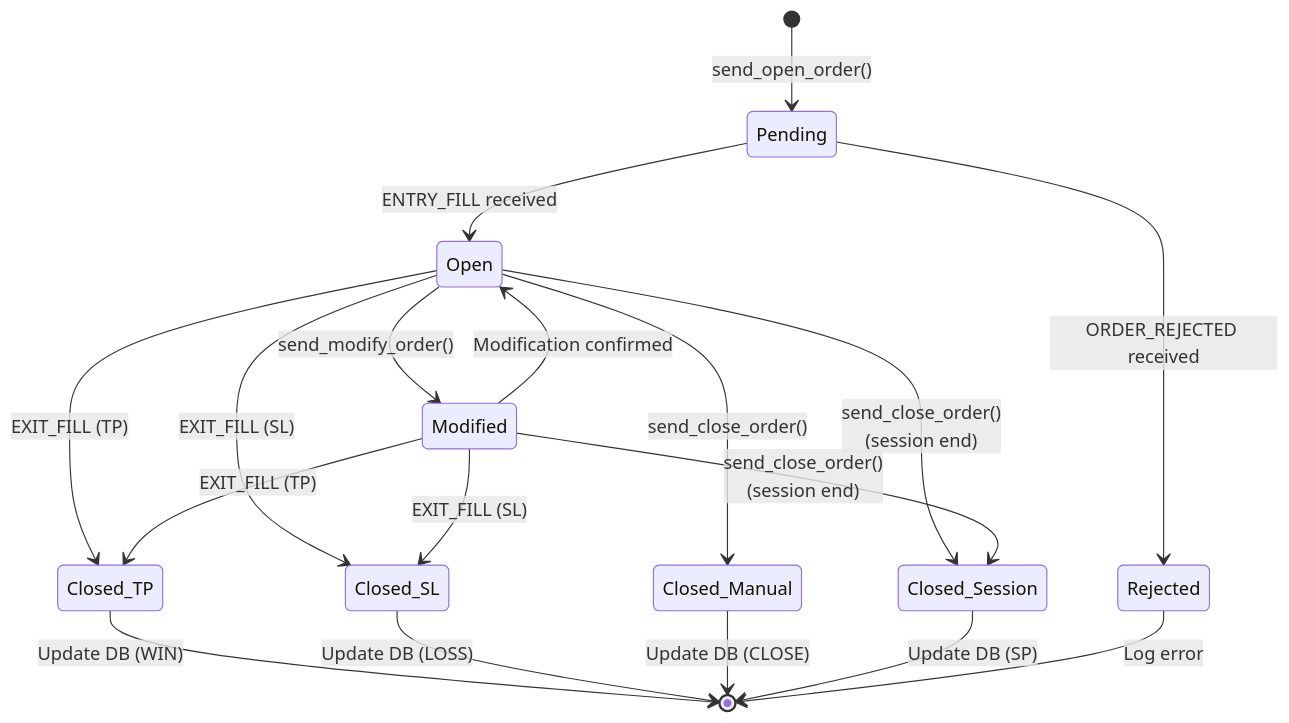
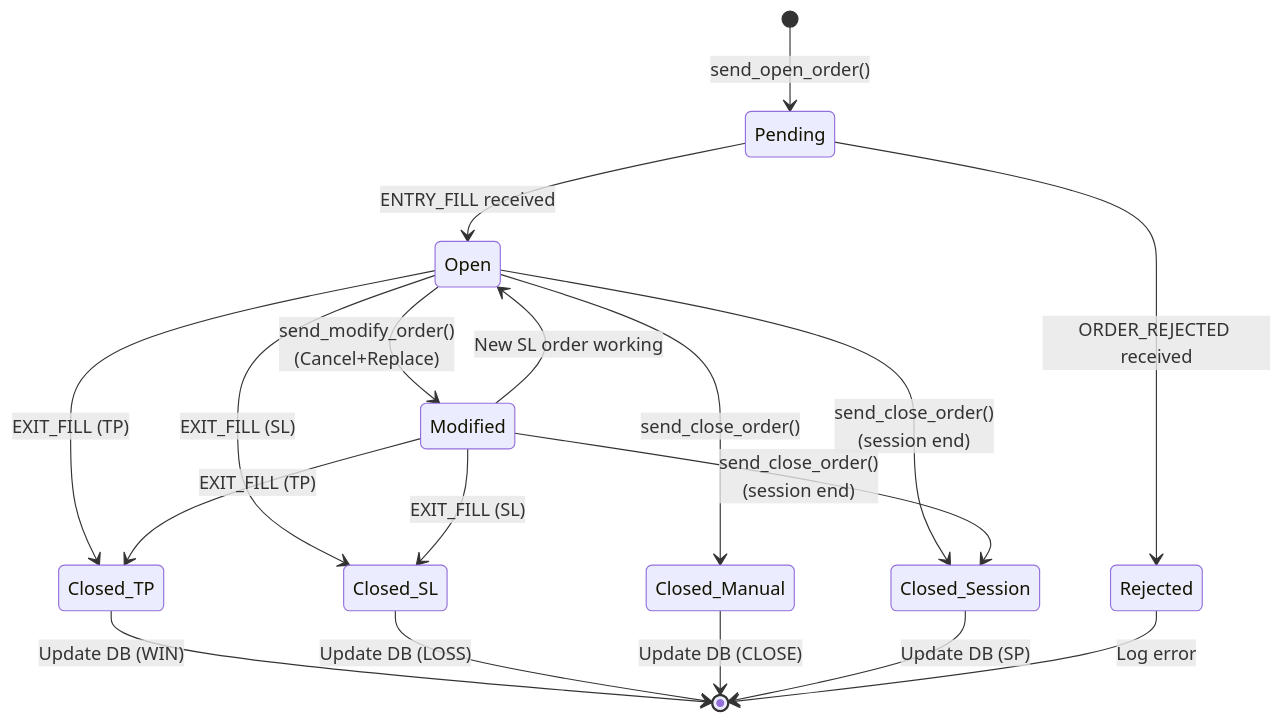
The fifth of 5 diagrams in docs/zmq_communication_flow.md (carlos21/TradingBot), drawn with Mermaid before and after one commit. The commit also changed other lines of this file and 1 other file, not shown here.

````diff
--- a/docs/zmq_communication_flow.md
+++ b/docs/zmq_communication_flow.md
@@ -623,24 +632,24 @@
 ```mermaid
 stateDiagram-v2
     [*] --> Pending: send_open_order()
     
     Pending --> Open: ENTRY_FILL received
     Pending --> Rejected: ORDER_REJECTED received
     
-    Open --> Modified: send_modify_order()
+    Open --> Modified: send_modify_order()<br/>(Cancel+Replace)
     Open --> Closed_TP: EXIT_FILL (TP)
     Open --> Closed_SL: EXIT_FILL (SL)
     Open --> Closed_Manual: send_close_order()
     Open --> Closed_Session: send_close_order()<br/>(session end)
     
-    Modified --> Open: Modification confirmed
+    Modified --> Open: New SL order working
     Modified --> Closed_TP: EXIT_FILL (TP)
     Modified --> Closed_SL: EXIT_FILL (SL)
     Modified --> Closed_Session: send_close_order()<br/>(session end)
     
     Closed_TP --> [*]: Update DB (WIN)
     Closed_SL --> [*]: Update DB (LOSS)
     Closed_Manual --> [*]: Update DB (CLOSE)
     Closed_Session --> [*]: Update DB (SP)
     Rejected --> [*]: Log error
 ```
````
